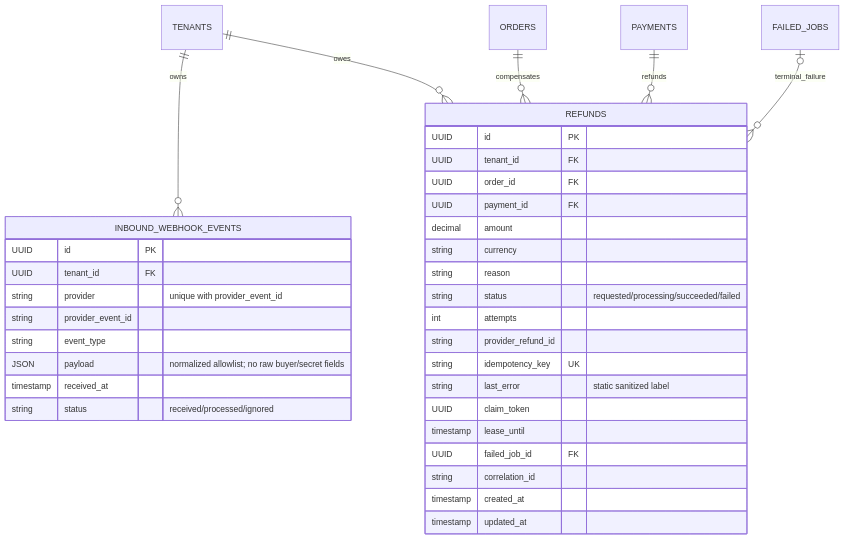
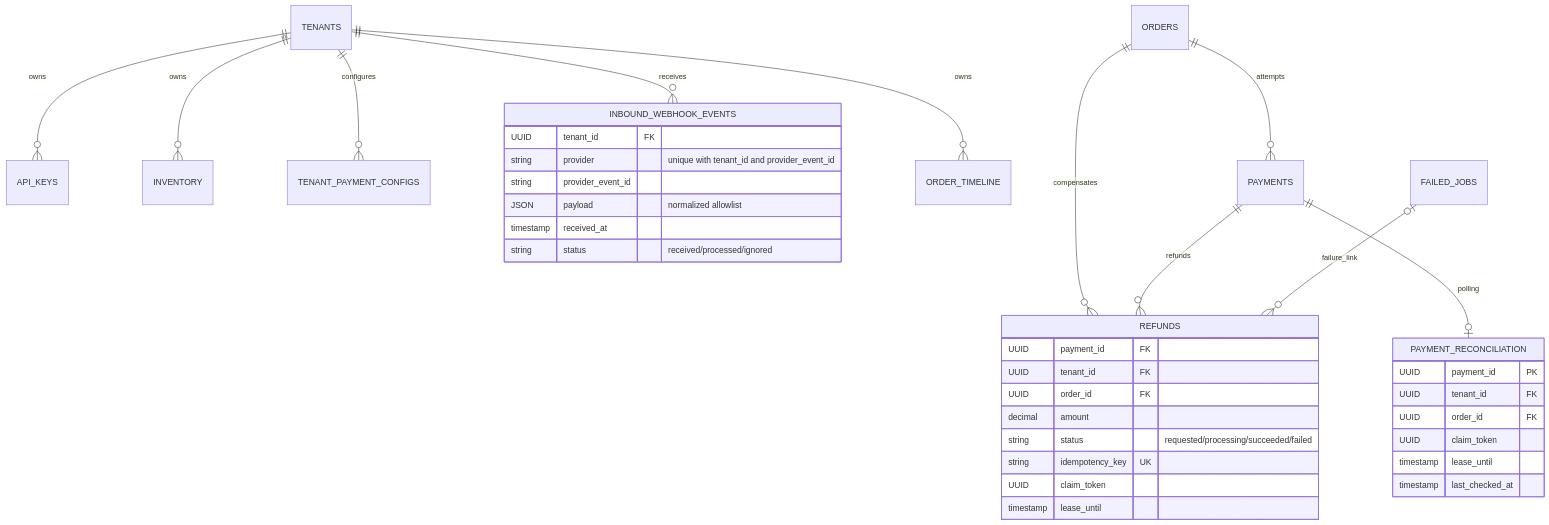
The fifth of 5 diagrams in docs/reports/phase-3b-report.md (noohkhan7232/event-driven-order-orchestration-system), drawn with Mermaid before and after one commit. The commit also changed other lines of this file, not shown here.

````diff
--- a/docs/reports/phase-3b-report.md
+++ b/docs/reports/phase-3b-report.md
@@ -442,38 +223,39 @@
 ```mermaid
 erDiagram
-    TENANTS ||--o{ INBOUND_WEBHOOK_EVENTS : owns
-    TENANTS ||--o{ REFUNDS : owes
+    TENANTS ||--o{ API_KEYS : owns
+    TENANTS ||--o{ INVENTORY : owns
+    TENANTS ||--o{ TENANT_PAYMENT_CONFIGS : configures
+    TENANTS ||--o{ INBOUND_WEBHOOK_EVENTS : receives
+    TENANTS ||--o{ ORDER_TIMELINE : owns
+    ORDERS ||--o{ PAYMENTS : attempts
     ORDERS ||--o{ REFUNDS : compensates
     PAYMENTS ||--o{ REFUNDS : refunds
-    FAILED_JOBS o|--o{ REFUNDS : terminal_failure
+    PAYMENTS ||--o| PAYMENT_RECONCILIATION : polling
+    FAILED_JOBS o|--o{ REFUNDS : failure_link
     INBOUND_WEBHOOK_EVENTS {
-        UUID id PK
         UUID tenant_id FK
-        string provider "unique with provider_event_id"
+        string provider "unique with tenant_id and provider_event_id"
         string provider_event_id
-        string event_type
-        JSON payload "normalized allowlist; no raw buyer/secret fields"
+        JSON payload "normalized allowlist"
         timestamp received_at
         string status "received/processed/ignored"
     }
     REFUNDS {
-        UUID id PK
+        UUID payment_id FK
         UUID tenant_id FK
         UUID order_id FK
-        UUID payment_id FK
         decimal amount
-        string currency
-        string reason
         string status "requested/processing/succeeded/failed"
-        int attempts
-        string provider_refund_id
         string idempotency_key UK
-        string last_error "static sanitized label"
         UUID claim_token
         timestamp lease_until
-        UUID failed_job_id FK
-        string correlation_id
-        timestamp created_at
-        timestamp updated_at
+    }
+    PAYMENT_RECONCILIATION {
+        UUID payment_id PK
+        UUID tenant_id FK
+        UUID order_id FK
+        UUID claim_token
+        timestamp lease_until
+        timestamp last_checked_at
     }
 ```
````
